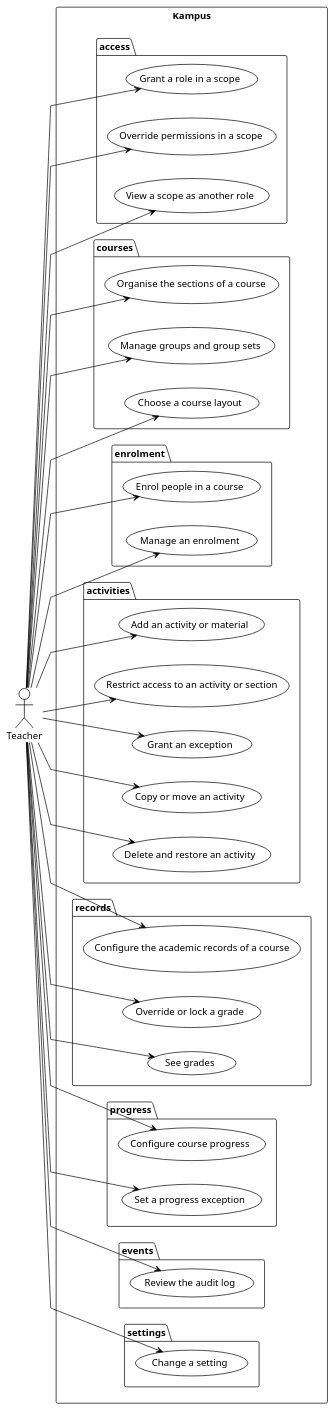
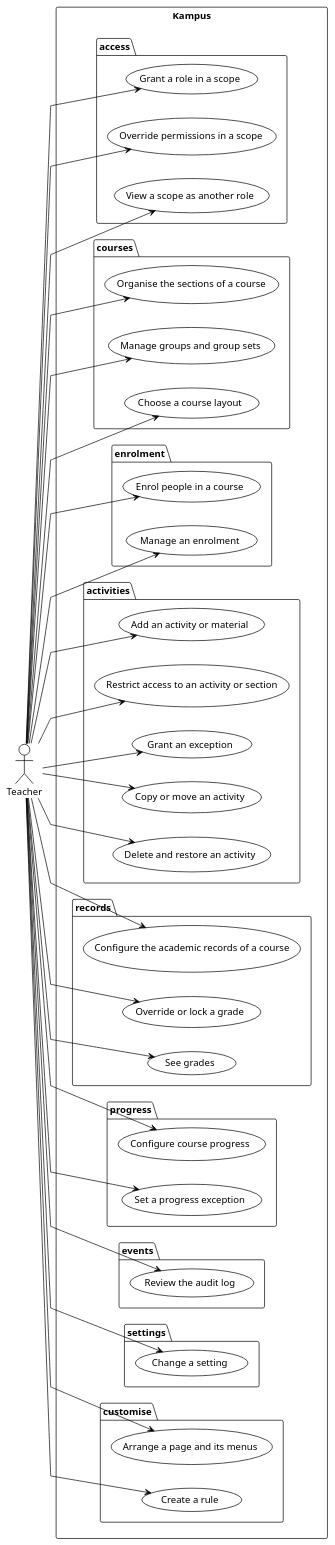
The diagram in docs/01-requirements/use-cases-teacher.puml (didactika/kampus), drawn with PlantUML before and after one commit. The commit also changed 162 other files, not shown here.

```diff
--- a/docs/01-requirements/use-cases-teacher.puml
+++ b/docs/01-requirements/use-cases-teacher.puml
@@ -1,68 +1,74 @@
 @startuml
 !theme plain
 skinparam linetype polyline
 left to right direction
 
 actor "Teacher" as A_Teacher
 
 rectangle "Kampus" {
   package "access" {
     usecase "Grant a role in a scope" as UC_grantRole
     usecase "Override permissions in a scope" as UC_overridePermission
     usecase "View a scope as another role" as UC_viewAsRole
   }
   package "courses" {
     usecase "Organise the sections of a course" as UC_organiseSections
     usecase "Manage groups and group sets" as UC_manageGroups
     usecase "Choose a course layout" as UC_chooseCourseLayout
   }
   package "enrolment" {
     usecase "Enrol people in a course" as UC_enrolPeople
     usecase "Manage an enrolment" as UC_manageEnrolment
   }
   package "activities" {
     usecase "Add an activity or material" as UC_addActivity
     usecase "Restrict access to an activity or section" as UC_restrictAccess
     usecase "Grant an exception" as UC_grantException
     usecase "Copy or move an activity" as UC_copyActivity
     usecase "Delete and restore an activity" as UC_deleteActivity
   }
   package "records" {
     usecase "Configure the academic records of a course" as UC_configureRecords
     usecase "Override or lock a grade" as UC_overrideGrade
     usecase "See grades" as UC_viewGrades
   }
   package "progress" {
     usecase "Configure course progress" as UC_configureCourseProgress
     usecase "Set a progress exception" as UC_setProgressException
   }
   package "events" {
     usecase "Review the audit log" as UC_reviewAuditLog
   }
   package "settings" {
     usecase "Change a setting" as UC_changeSetting
   }
+  package "customise" {
+    usecase "Arrange a page and its menus" as UC_arrangeLayout
+    usecase "Create a rule" as UC_createRule
+  }
 }
 
 A_Teacher --> UC_grantRole
 A_Teacher --> UC_overridePermission
 A_Teacher --> UC_viewAsRole
 A_Teacher --> UC_organiseSections
 A_Teacher --> UC_manageGroups
 A_Teacher --> UC_chooseCourseLayout
 A_Teacher --> UC_enrolPeople
 A_Teacher --> UC_manageEnrolment
 A_Teacher --> UC_addActivity
 A_Teacher --> UC_restrictAccess
 A_Teacher --> UC_grantException
 A_Teacher --> UC_copyActivity
 A_Teacher --> UC_deleteActivity
 A_Teacher --> UC_configureRecords
 A_Teacher --> UC_overrideGrade
 A_Teacher --> UC_viewGrades
 A_Teacher --> UC_configureCourseProgress
 A_Teacher --> UC_setProgressException
 A_Teacher --> UC_reviewAuditLog
 A_Teacher --> UC_changeSetting
+A_Teacher --> UC_arrangeLayout
+A_Teacher --> UC_createRule
 
 @enduml
```
